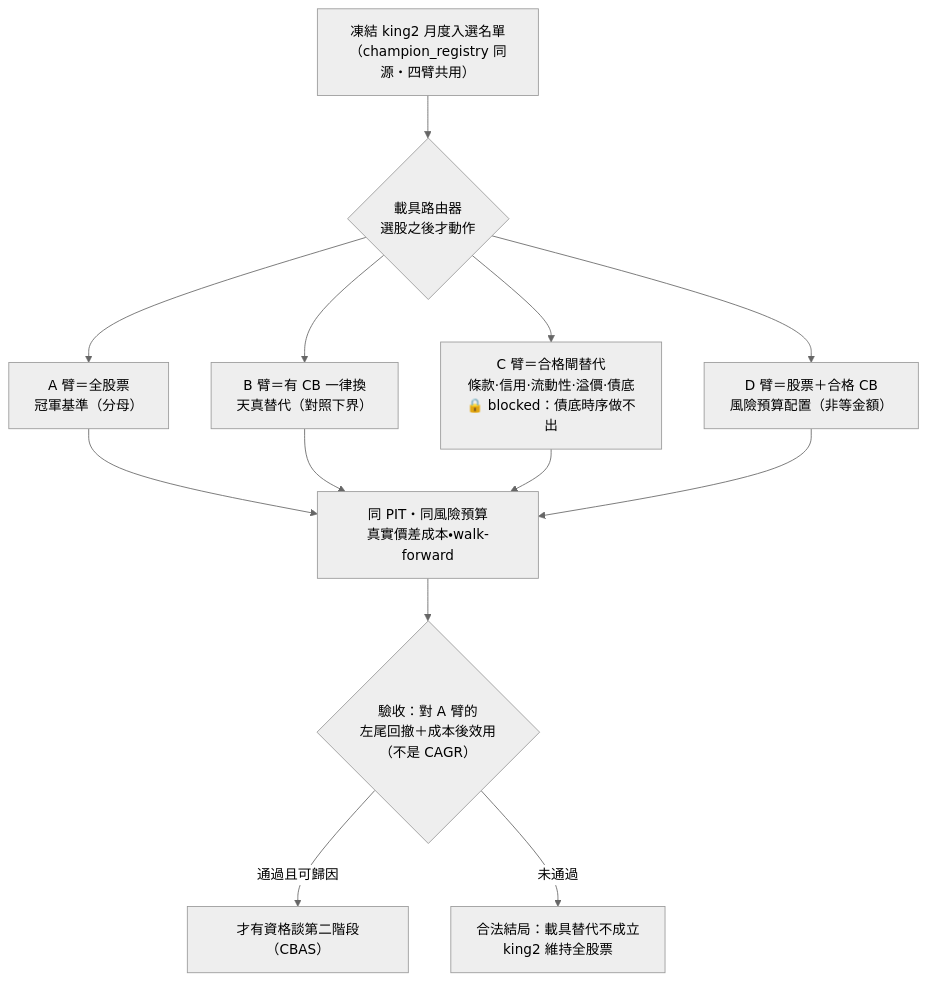
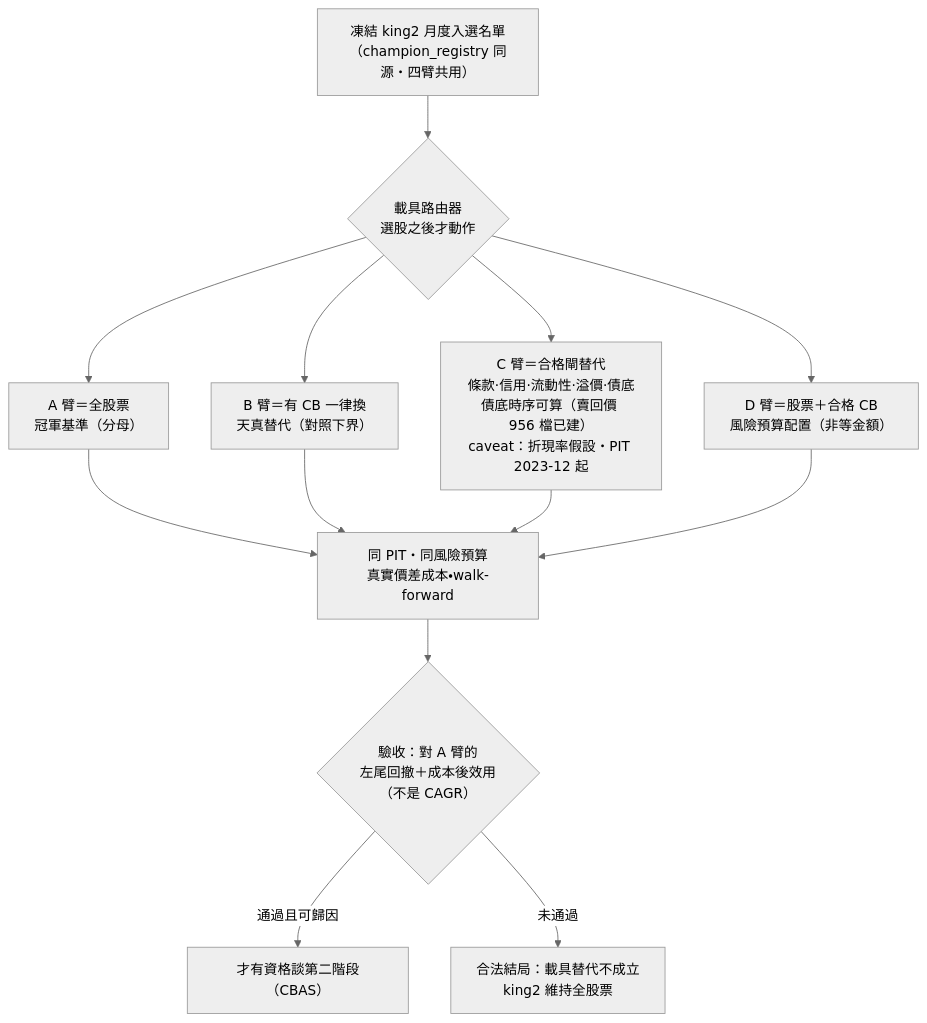
Before and after one commit to Baboonbrother/alpha-evolution-wiki: the first of 2 diagrams in exp-006-cb-router-prereg.md, drawn with Mermaid (neutral theme). The commit also changed other lines of this file and 14 other files, not shown here.

````diff
--- a/exp-006-cb-router-prereg.md
+++ b/exp-006-cb-router-prereg.md
@@ -26,12 +26,12 @@
 ```mermaid
 flowchart TB
     K["凍結 king2 月度入選名單<br/>（champion_registry 同源・四臂共用）"] --> R{"載具路由器<br/>選股之後才動作"}
     R --> A["A 臂＝全股票<br/>冠軍基準（分母）"]
     R --> B["B 臂＝有 CB 一律換<br/>天真替代（對照下界）"]
-    R --> C["C 臂＝合格閘替代<br/>條款·信用·流動性·溢價·債底<br/>🔒 blocked：債底時序做不出"]
+    R --> C["C 臂＝合格閘替代<br/>條款·信用·流動性·溢價·債底<br/>債底時序可算（賣回價 956 檔已建）<br/>caveat：折現率假設・PIT 2023-12 起"]
     R --> D["D 臂＝股票＋合格 CB<br/>風險預算配置（非等金額）"]
     A & B & C & D --> J["同 PIT・同風險預算<br/>真實價差成本・walk-forward"]
     J --> V{"驗收：對 A 臂的<br/>左尾回撤＋成本後效用<br/>（不是 CAGR）"}
     V -->|"通過且可歸因"| N["才有資格談第二階段（CBAS）"]
     V -->|"未通過"| F["合法結局：載具替代不成立<br/>king2 維持全股票"]
 ```
````
